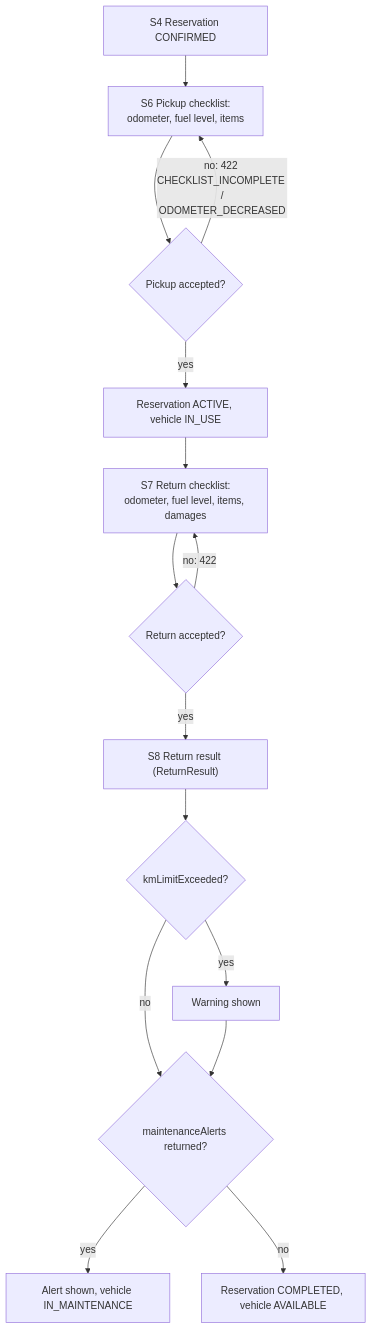
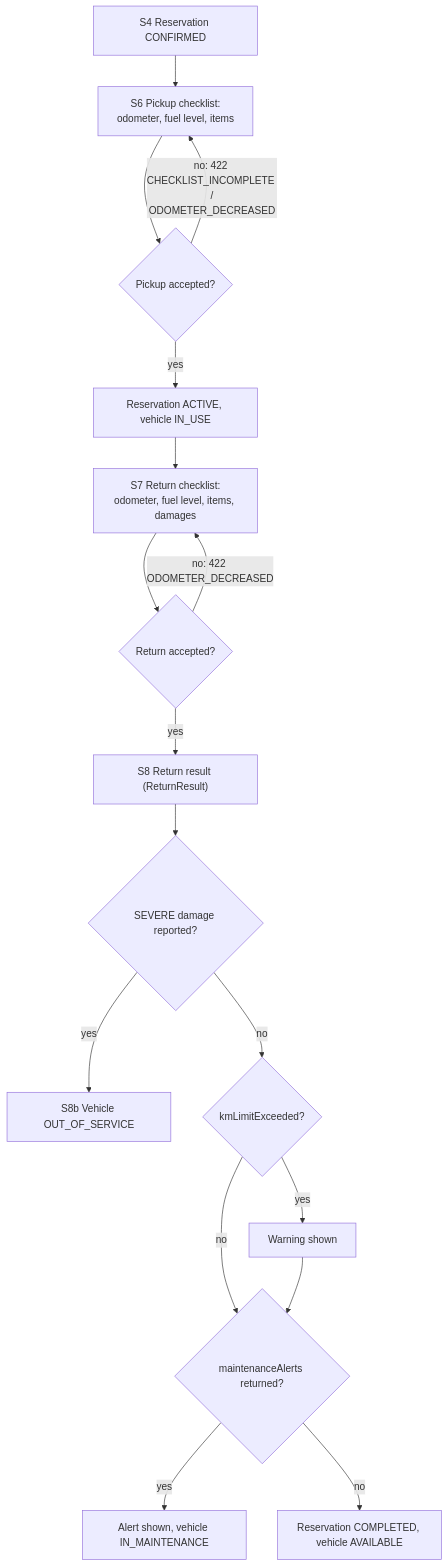
The third of 5 diagrams in docs/ui_ux_flow_and_dashboard.md (denizalponiki/Fleet-Tracking-System), drawn with Mermaid before and after one commit. The commit also changed other lines of this file, not shown here.

````diff
--- a/docs/ui_ux_flow_and_dashboard.md
+++ b/docs/ui_ux_flow_and_dashboard.md
@@ -196,17 +198,19 @@
 ```mermaid
 flowchart TD
     C["S4 Reservation CONFIRMED"] --> PU["S6 Pickup checklist:<br/>odometer, fuel level, items"]
     PU --> PV{"Pickup accepted?"}
     PV -- "no: 422 CHECKLIST_INCOMPLETE /<br/>ODOMETER_DECREASED" --> PU
     PV -- yes --> A["Reservation ACTIVE, vehicle IN_USE"]
     A --> RT["S7 Return checklist:<br/>odometer, fuel level, items, damages"]
     RT --> RV{"Return accepted?"}
-    RV -- "no: 422" --> RT
+    RV -- "no: 422 ODOMETER_DECREASED" --> RT
     RV -- yes --> RR["S8 Return result (ReturnResult)"]
-    RR --> KM{"kmLimitExceeded?"}
+    RR --> SD{"SEVERE damage reported?"}
+    SD -- yes --> OS["S8b Vehicle OUT_OF_SERVICE"]
+    SD -- no --> KM{"kmLimitExceeded?"}
     KM -- yes --> W["Warning shown"]
     KM -- no --> AL
     W --> AL{"maintenanceAlerts returned?"}
     AL -- yes --> MA["Alert shown, vehicle IN_MAINTENANCE"]
     AL -- no --> AV["Reservation COMPLETED, vehicle AVAILABLE"]
 ```
````
